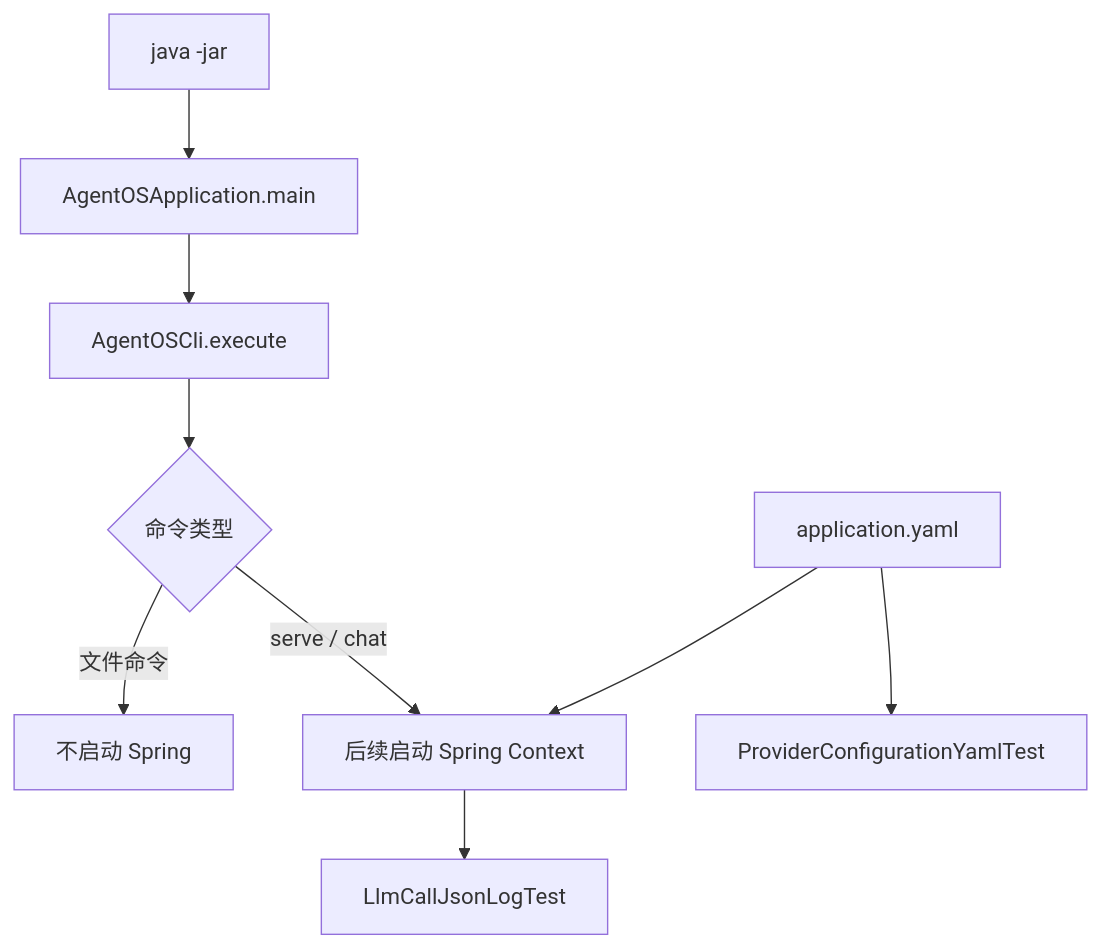
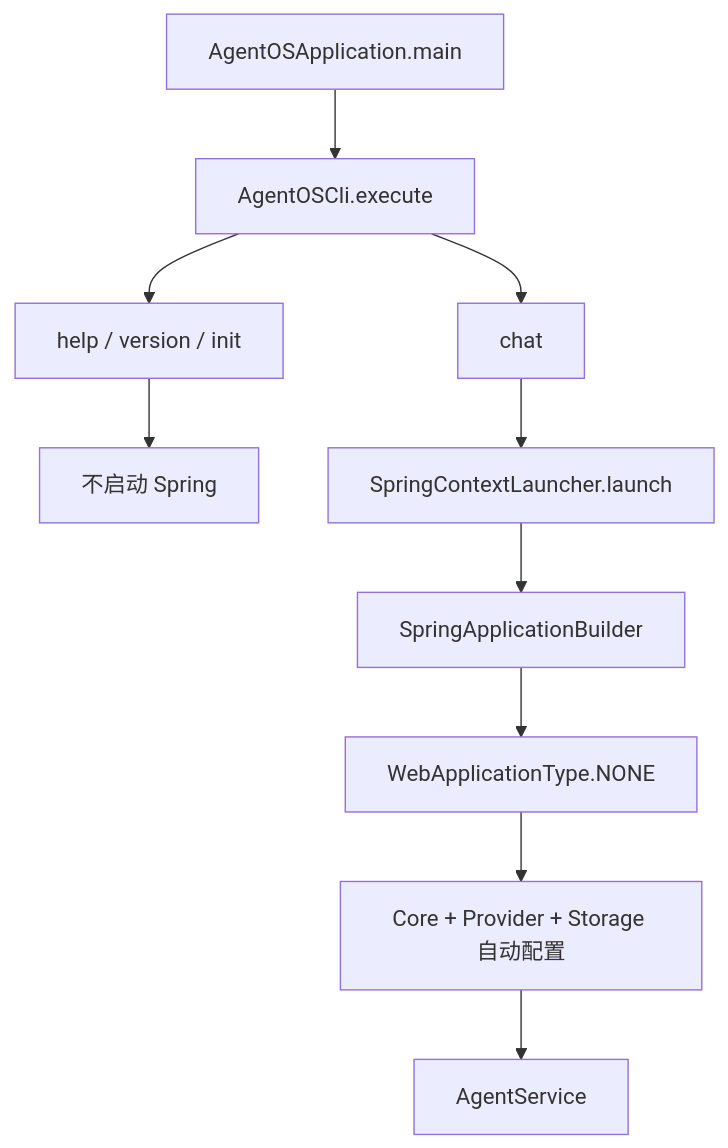
The first of 2 diagrams in docs/code-reading/AgentOS-boot.md (wangkaiqistart/agent-os), drawn with Mermaid before and after one commit. The commit also changed other lines of this file and 10 other files, not shown here.

````diff
--- a/docs/code-reading/AgentOS-boot.md
+++ b/docs/code-reading/AgentOS-boot.md
@@ -5,11 +9,12 @@
 ```mermaid
 flowchart TD
-    J[java -jar] --> M[AgentOSApplication.main]
-    M --> C[AgentOSCli.execute]
-    C --> S{命令类型}
-    S -->|文件命令| F[不启动 Spring]
-    S -->|serve / chat| R[后续启动 Spring Context]
-    Y[application.yaml] --> R
-    Y --> V[ProviderConfigurationYamlTest]
-    R --> L[LlmCallJsonLogTest]
+    Main[AgentOSApplication.main] --> CLI[AgentOSCli.execute]
+    CLI --> File[help / version / init]
+    CLI --> Chat[chat]
+    File --> NoSpring[不启动 Spring]
+    Chat --> Launcher[SpringContextLauncher.launch]
+    Launcher --> App[SpringApplicationBuilder]
+    App --> None[WebApplicationType.NONE]
+    None --> Beans[Core + Provider + Storage 自动配置]
+    Beans --> Service[AgentService]
 ```
````
